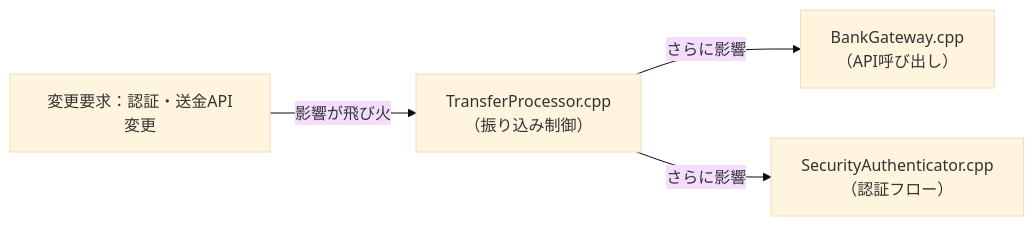
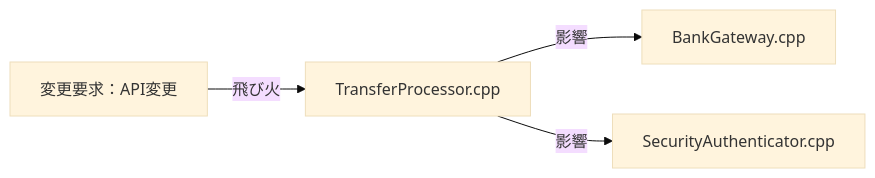
Before and after one commit to kumachan1101-pixel/DesignPattern: the third of 11 diagrams in kindle/design-patterns/output/chapter02.md, drawn with Mermaid (base theme). The commit also changed other lines of this file and 12 other files, not shown here.

````diff
--- a/kindle/design-patterns/output/chapter02.md
+++ b/kindle/design-patterns/output/chapter02.md
@@ -313,7 +317,7 @@
 ```mermaid
 graph LR
-    T1["変更要求：認証・送金API変更"] -->|"影響が飛び火"| A["TransferProcessor.cpp<br>（振り込み制御）"]
-    A -->|"さらに影響"| B["BankGateway.cpp<br>（API呼び出し）"]
-    A -->|"さらに影響"| C["SecurityAuthenticator.cpp<br>（認証フロー）"]
+    T1["変更要求：API変更"] -->|"飛び火"| A["TransferProcessor.cpp"]
+    A -->|"影響"| B["BankGateway.cpp"]
+    A -->|"影響"| C["SecurityAuthenticator.cpp"]
 
 ```
````
